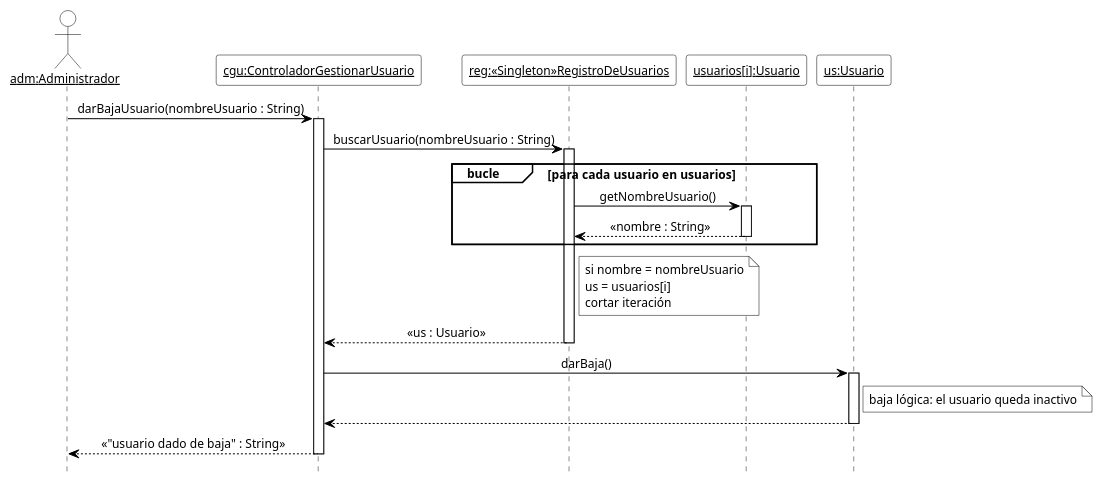
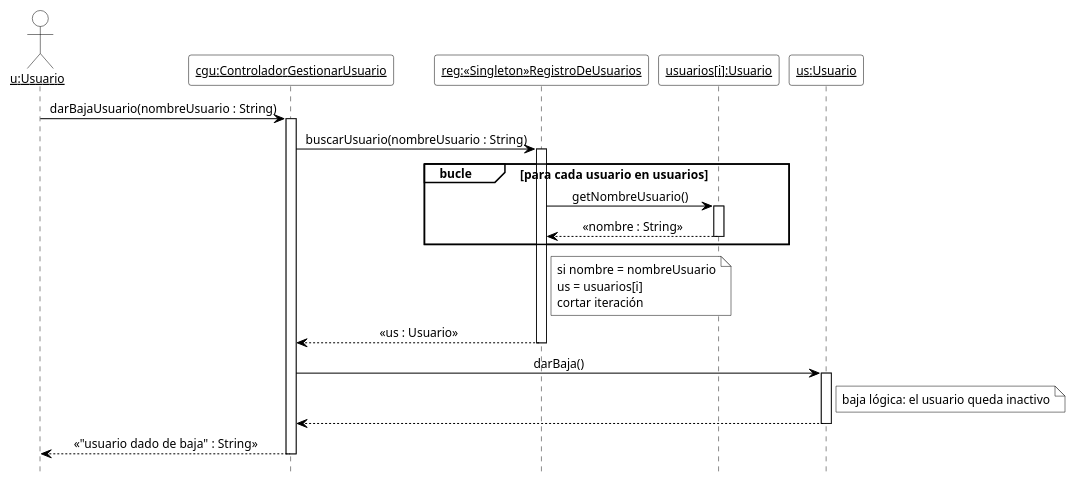
One commit to cirotop/Stock-Project changed the fourth of 18 diagrams in 08-Diagrama De Secuencia/Diagramas_de_Secuencia.md. Above: the diagram before and after it, drawn with PlantUML. The commit also changed other lines of this file and 36 other files, not shown here.

````diff
--- a/08-Diagrama De Secuencia/Diagramas_de_Secuencia.md
+++ b/08-Diagrama De Secuencia/Diagramas_de_Secuencia.md
@@ -249,49 +249,49 @@
 ```plantuml
 @startuml DSD_CU-02_darBajaUsuario
 ' Diagrama de Secuencia de Diseño (DSD) - CU-02 Gestionar usuario - darBajaUsuario
 ' Estilo de los ejemplos de la teoría (introducirArticulo / crearNuevaVenta).
 hide footbox
 skinparam shadowing false
 skinparam defaultFontName Arial
 skinparam defaultFontSize 12
 skinparam sequenceMessageAlign center
 skinparam ArrowColor black
 skinparam ParticipantBackgroundColor white
 skinparam ParticipantBorderColor black
 skinparam CollectionsBackgroundColor white
 skinparam CollectionsBorderColor black
 skinparam ActorBackgroundColor white
 skinparam ActorBorderColor black
 skinparam LifeLineBorderColor black
 skinparam LifeLineBackgroundColor white
 skinparam SequenceGroupBackgroundColor white
 skinparam SequenceGroupBorderColor black
 skinparam SequenceGroupHeaderFontColor black
 skinparam NoteBackgroundColor white
 skinparam NoteBorderColor black
 
-actor "<u>adm:Administrador</u>" as adm
+actor "<u>u:Usuario</u>" as u
 participant "<u>cgu:ControladorGestionarUsuario</u>" as cgu
 participant "<u>reg:«Singleton»RegistroDeUsuarios</u>" as reg
 participant "<u>usuarios[i]:Usuario</u>" as ui
 participant "<u>us:Usuario</u>" as us
 
-adm -> cgu ++ : darBajaUsuario(nombreUsuario : String)
+u -> cgu ++ : darBajaUsuario(nombreUsuario : String)
 cgu -> reg ++ : buscarUsuario(nombreUsuario : String)
 group bucle [para cada usuario en usuarios]
   reg -> ui ++ : getNombreUsuario()
   ui --> reg -- : «nombre : String»
 end
 note right of reg
   si nombre = nombreUsuario
   us = usuarios[i]
   cortar iteración
 end note
 reg --> cgu -- : «us : Usuario»
 cgu -> us ++ : darBaja()
 note right of us : baja lógica: el usuario queda inactivo
 us --> cgu --
-cgu --> adm -- : «"usuario dado de baja" : String»
+cgu --> u -- : «"usuario dado de baja" : String»
 
 @enduml
 ```
````
